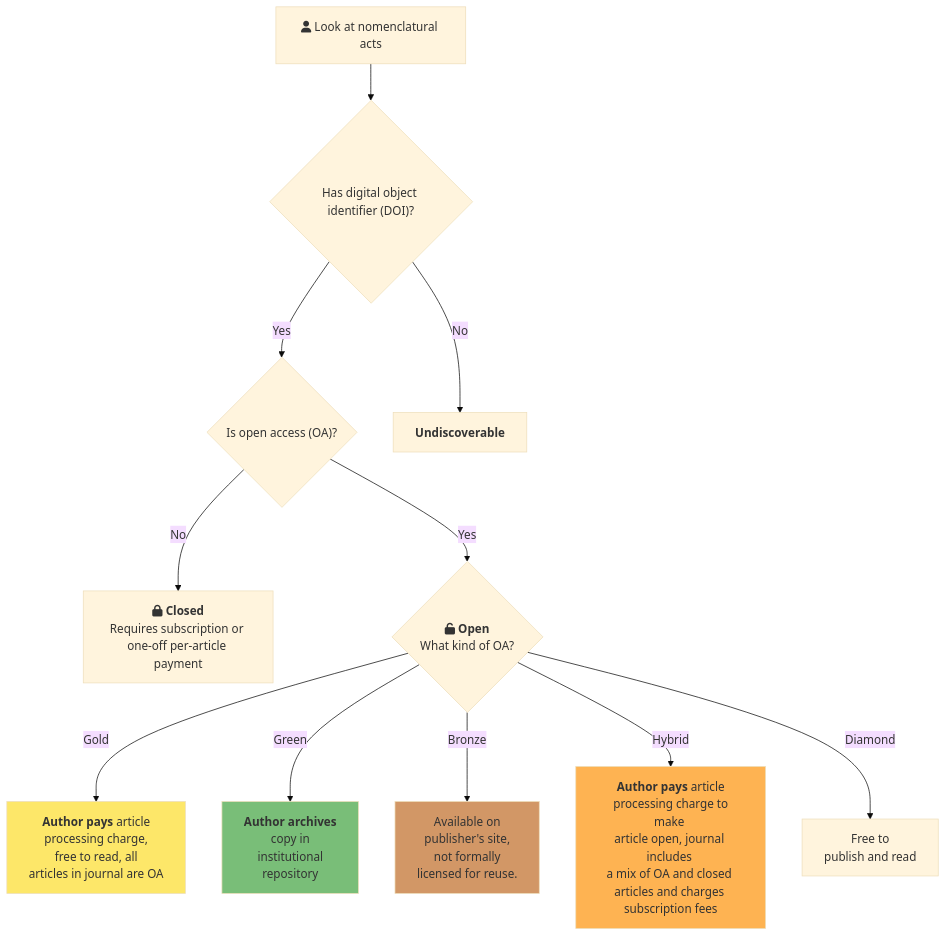
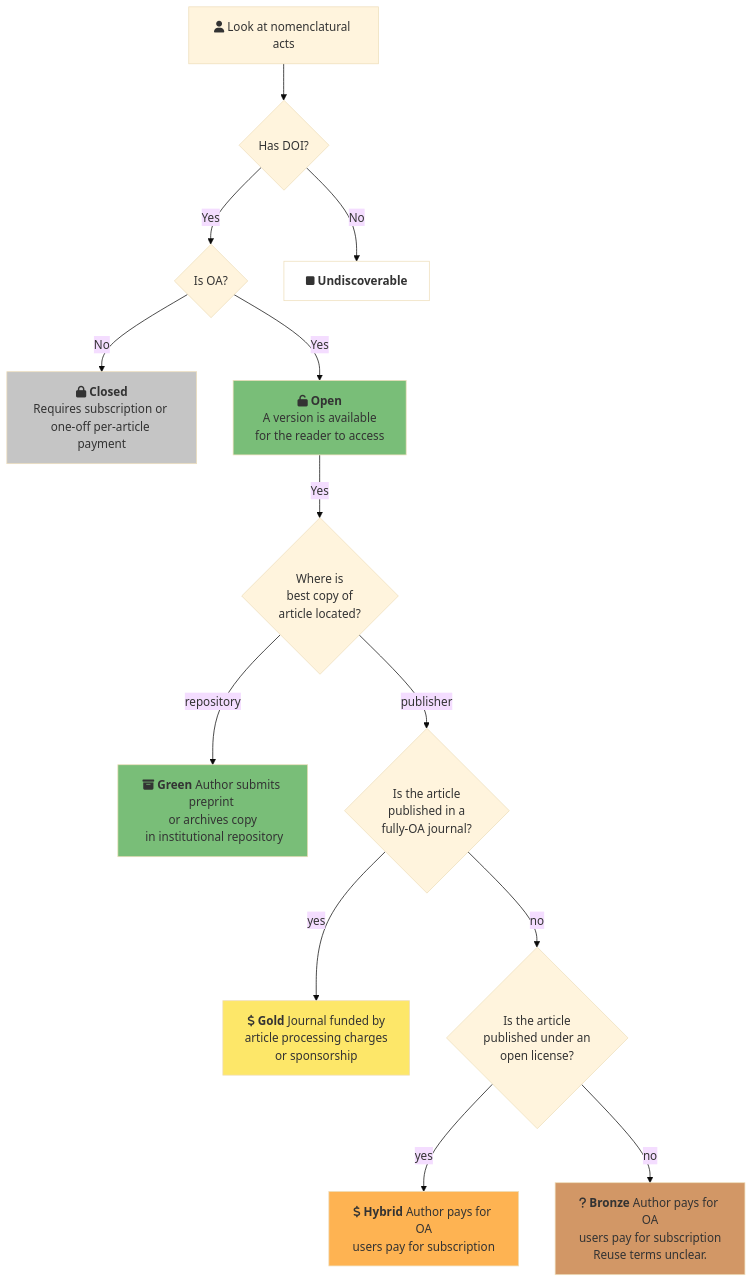
The diagram in 05-materials_and_methods.md (OA-WCVP/paper), drawn with Mermaid (base theme) before and after one commit.

Commit message:
Updated category assignment wrt unpaywall docs

````diff
--- a/05-materials_and_methods.md
+++ b/05-materials_and_methods.md
@@ -26,28 +26,40 @@
 ```{.mermaid caption="Category assignment"}
 graph TD
     Start[fa:fa-user Look at nomenclatural acts] --> HasDOI
-    HasDOI{"Has digital object identifier (DOI)?"}
-    HasDOI --> |Yes|IsOA{"Is open access (OA)?"}
-    HasDOI --> |No| NoDOI[<b>Undiscoverable</b>]
+    HasDOI{"Has DOI?"}
+    HasDOI --> |Yes|IsOA{"Is OA?"}
+    HasDOI --> |No| Undiscoverable[fa:fa-stop <b>Undiscoverable</b>]
     IsOA -->|No| Closed[fa:fa-lock <b>Closed</b><br/>Requires subscription or <br/>one-off per-article payment]
-    IsOA -->|Yes| Open{fa:fa-unlock <b>Open</b><br/>What kind of OA?}
-    Open -->|Gold| Gold[<b>Author pays</b> article<br/> processing charge,<br/> free to read, all <br/>articles in journal are OA]
-    Open -->|Green| Green[<b>Author archives</b><br/> copy in <br/>institutional <br/>repository]
-    Open -->|Bronze| Bronze[Available on <br/>publisher's site, <br/>not formally <br/>licensed for reuse.]
-    Open -->|Hybrid| Hybrid[<b>Author pays</b> article<br/> processing charge to make <br/>article open, journal includes <br/>a mix of OA and closed <br/>articles and charges subscription fees]
-    Open -->|Diamond| Diamond[Free to <br/>publish and read]
+    IsOA -->|Yes| Open[fa:fa-unlock <b>Open</b><br/>A version is available <br/>for the reader to access]
+    Open -->|Yes| WhereBest{Where is <br/>best copy of <br/>article located?}
+    WhereBest-->|repository| Green[fa:fa-archive <b>Green</b> Author submits preprint <br/>or archives copy<br/> in institutional repository]
+    WhereBest-->|publisher| FullyOA{Is the article <br/>published in a<br/> fully-OA journal?}
+    FullyOA-->|yes| Gold[fa:fa-dollar <b>Gold</b> Journal funded by <br/>article processing charges <br/>or sponsorship]
+    FullyOA-->|no| Licence{Is the article <br/>published under an<br/> open license?}
+    Licence-->|yes| Hybrid[fa:fa-dollar <b>Hybrid</b> Author pays for OA<br/>users pay for subscription]
+    Licence-->|no| Bronze[fa:fa-question <b>Bronze</b> Author pays for OA<br/>users pay for subscription<br/>Reuse terms unclear.]
     
     classDef Gold fill:#fde769;
     class Gold Gold;
 
   classDef Green fill:#79be78;
     class Green Green;
 
   classDef Bronze fill:#d29766;
     class Bronze Bronze;
     
     classDef Hybrid fill:#feb352;
     class Hybrid Hybrid;
 
+classDef Diamond fill:#e5e4e2;
+    class Diamond Diamond;
 
+classDef Undiscoverable fill:white;
+    class Undiscoverable Undiscoverable;
+
+classDef Closed fill:#c5c5c5;
+    class Closed Closed;
+
+classDef Open fill:#79be78;
+    class Open Open;
 ```
````
